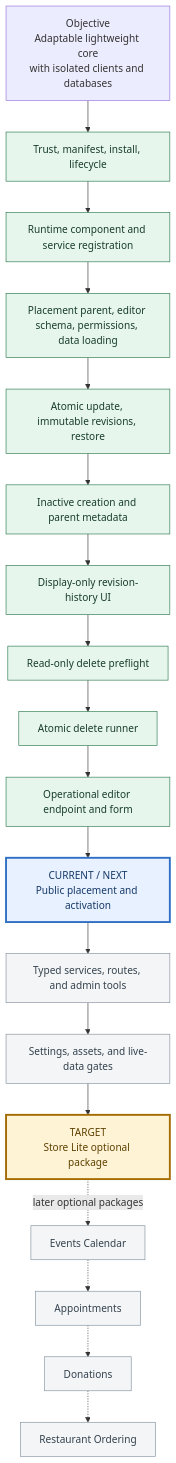
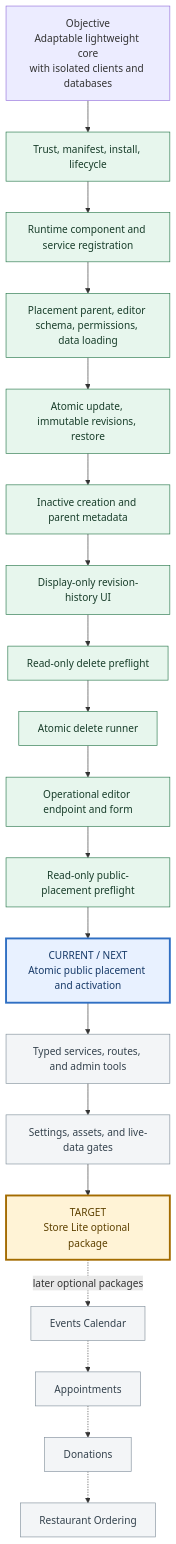
One commit to orojas01-glitch/redcms changed the diagram in docs/ADD-ON-PLATFORM-STATUS.md. Above: the diagram before and after it, drawn with Mermaid. The commit also changed other lines of this file and 7 other files, not shown here.

Commit message:
Add component public placement preflight

````diff
--- a/docs/ADD-ON-PLATFORM-STATUS.md
+++ b/docs/ADD-ON-PLATFORM-STATUS.md
@@ -7,30 +7,31 @@
 ```mermaid
 flowchart TD
     O["Objective<br/>Adaptable lightweight core<br/>with isolated clients and databases"]
     O --> F1["Trust, manifest, install, lifecycle"]
     F1 --> F2["Runtime component and service registration"]
     F2 --> F3["Placement parent, editor schema, permissions, data loading"]
     F3 --> F4["Atomic update, immutable revisions, restore"]
     F4 --> F5["Inactive creation and parent metadata"]
     F5 --> F6["Display-only revision-history UI"]
     F6 --> F7["Read-only delete preflight"]
     F7 --> F8["Atomic delete runner"]
     F8 --> F9["Operational editor endpoint and form"]
-    F9 --> C["CURRENT / NEXT<br/>Public placement and activation"]
+    F9 --> F10["Read-only public-placement preflight"]
+    F10 --> C["CURRENT / NEXT<br/>Atomic public placement and activation"]
     C --> G4["Typed services, routes, and admin tools"]
     G4 --> G5["Settings, assets, and live-data gates"]
     G5 --> S["TARGET<br/>Store Lite optional package"]
     S -. later optional packages .-> E["Events Calendar"]
     E -.-> A["Appointments"]
     A -.-> D["Donations"]
     D -.-> R["Restaurant Ordering"]
 
     classDef complete fill:#e7f6ed,stroke:#27764a,color:#183d2a;
     classDef current fill:#e8f1ff,stroke:#2f6fc3,color:#173a68,stroke-width:3px;
     classDef remaining fill:#f3f5f7,stroke:#82909c,color:#34424d;
     classDef target fill:#fff3d6,stroke:#a36b00,color:#5e4100,stroke-width:3px;
-    class F1,F2,F3,F4,F5,F6,F7,F8,F9 complete;
+    class F1,F2,F3,F4,F5,F6,F7,F8,F9,F10 complete;
     class C current;
     class G4,G5,E,A,D,R remaining;
     class S target;
 ```
````
